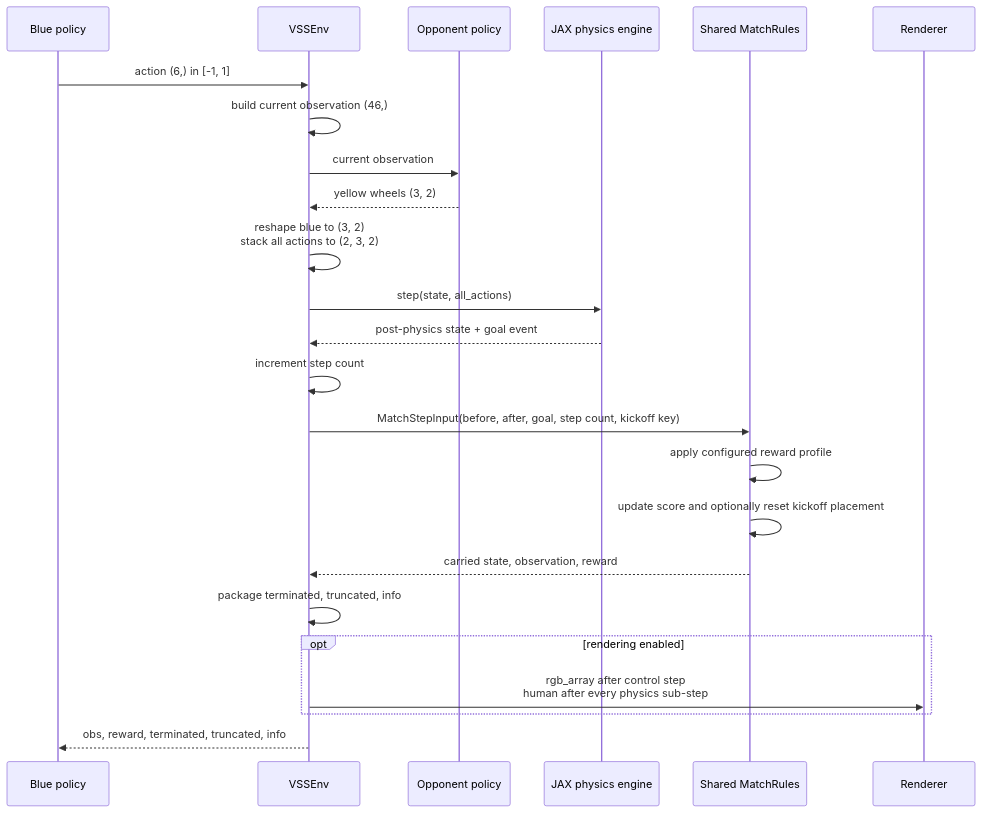
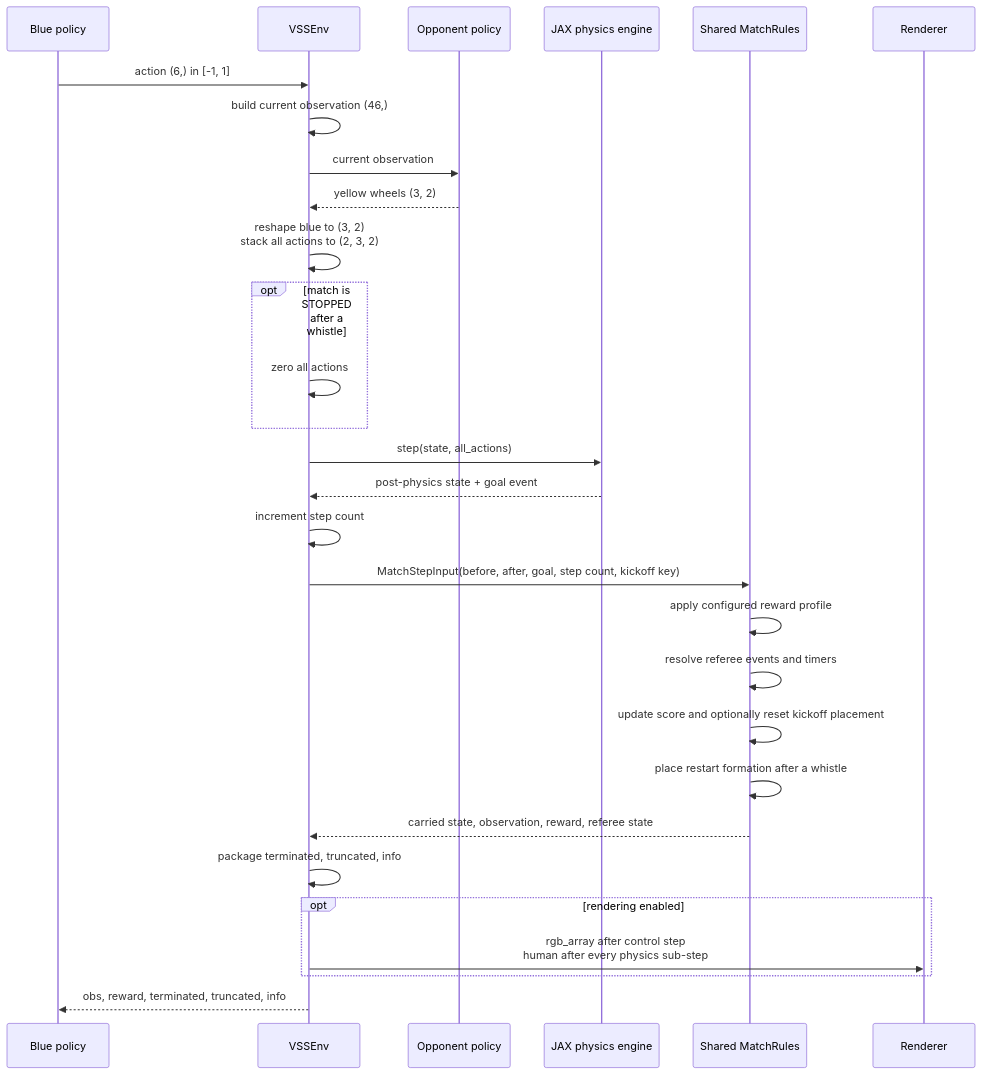
One commit to canhotuctor/vsss-sim changed the second of 8 diagrams in STRUCTURE.md. Above: the diagram before and after it, drawn with Mermaid. The commit also changed other lines of this file, not shown here.

Commit message:
docs: update STRUCTURE.md for referee modules and match lifecycle

````diff
--- a/STRUCTURE.md
+++ b/STRUCTURE.md
@@ -62,27 +62,32 @@
 ```mermaid
 sequenceDiagram
     participant P as Blue policy
     participant E as VSSEnv
     participant O as Opponent policy
     participant X as JAX physics engine
     participant M as Shared MatchRules
     participant R as Renderer
 
     P->>E: action (6,) in [-1, 1]
     E->>E: build current observation (46,)
     E->>O: current observation
     O-->>E: yellow wheels (3, 2)
     E->>E: reshape blue to (3, 2)<br/>stack all actions to (2, 3, 2)
+    opt match is STOPPED after a whistle
+        E->>E: zero all actions
+    end
     E->>X: step(state, all_actions)
     X-->>E: post-physics state + goal event
     E->>E: increment step count
     E->>M: MatchStepInput(before, after, goal, step count, kickoff key)
     M->>M: apply configured reward profile
+    M->>M: resolve referee events and timers
     M->>M: update score and optionally reset kickoff placement
-    M-->>E: carried state, observation, reward
+    M->>M: place restart formation after a whistle
+    M-->>E: carried state, observation, reward, referee state
     E->>E: package terminated, truncated, info
     opt rendering enabled
         E->>R: rgb_array after control step<br/>human after every physics sub-step
     end
     E-->>P: obs, reward, terminated, truncated, info
 ```
````
